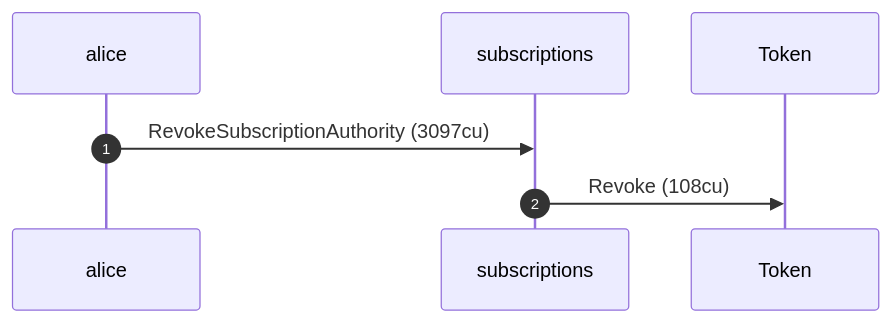
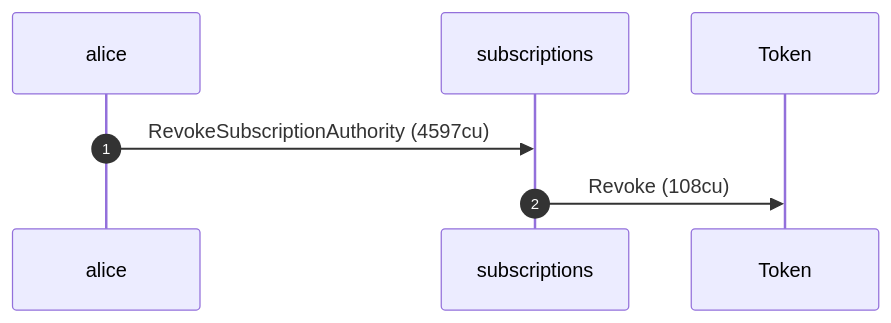
One commit to cds-rs/subscriptions changed the fifth of 8 diagrams in dsl_tests/revoke-clears-the-delegate.md. Above: the diagram before and after it, drawn with Mermaid. The commit also changed other lines of this file and 224 other files, not shown here.

````diff
--- a/dsl_tests/revoke-clears-the-delegate.md
+++ b/dsl_tests/revoke-clears-the-delegate.md
@@ -108,9 +114,9 @@
 ```mermaid
 sequenceDiagram
     autonumber
     participant alice
     participant subscriptions
     participant Token
-    alice ->> subscriptions: RevokeSubscriptionAuthority (3097cu)
+    alice ->> subscriptions: RevokeSubscriptionAuthority (4597cu)
     subscriptions ->> Token: Revoke (108cu)
 ```
````
